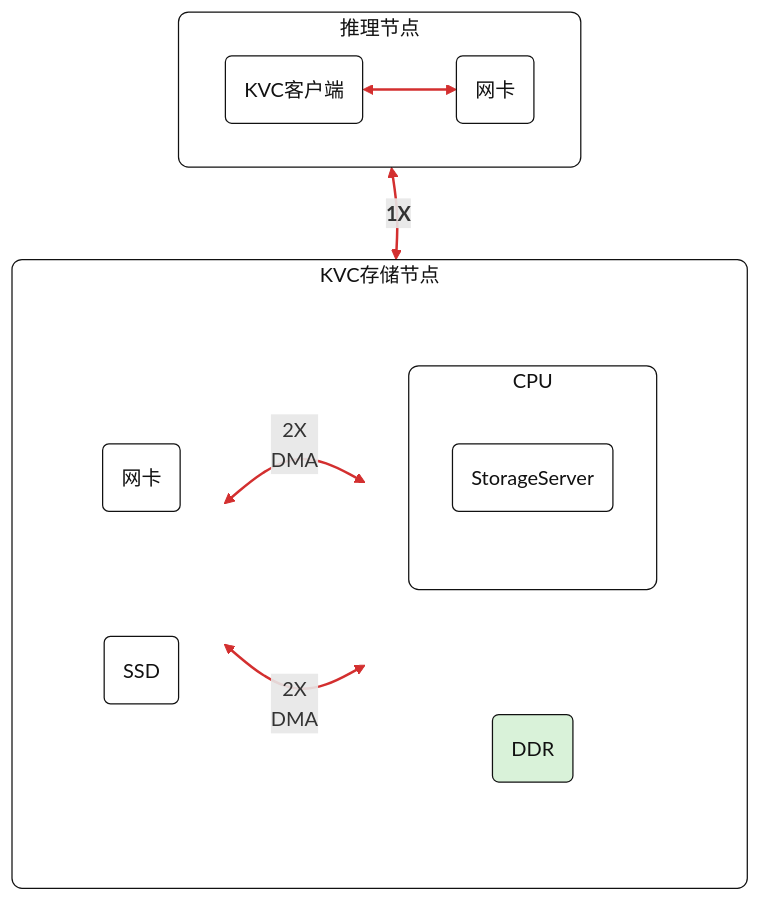
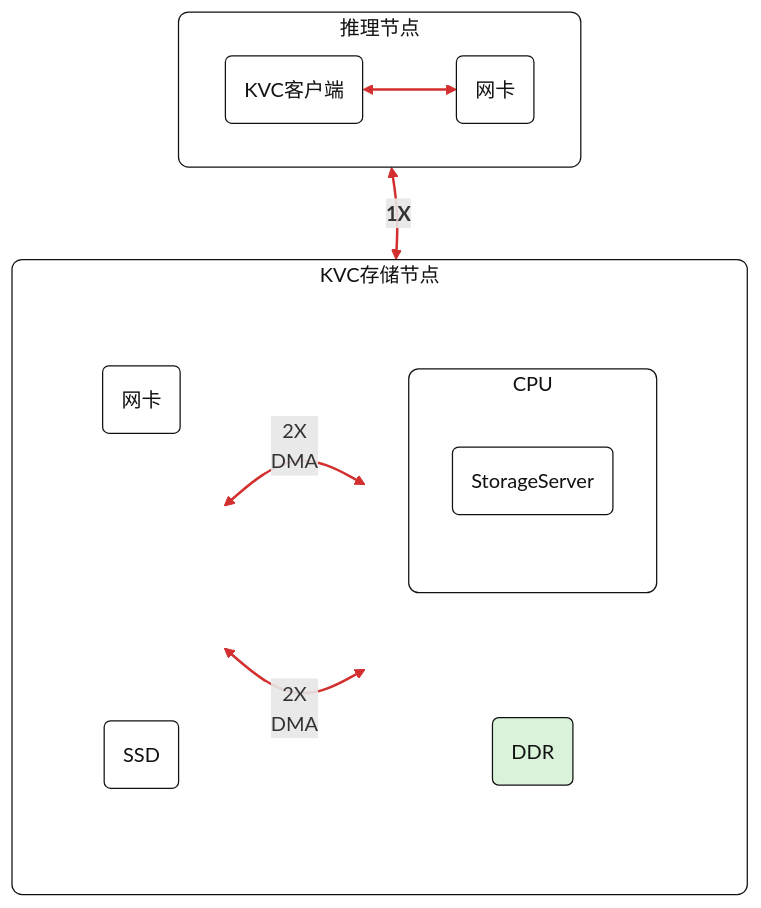
Before and after one commit to kunpengcompute/spdk: the diagram in doc/l0_enablement.md, drawn with Mermaid.

Commit message:
doc: adjust DDR position in L0 diagram

````diff
--- a/doc/l0_enablement.md
+++ b/doc/l0_enablement.md
@@ -19,48 +19,51 @@
 ```mermaid
 flowchart TB
     subgraph inference_node["推理节点"]
         direction LR
         kvc_client("KVC客户端") <--> infer_nic("网卡")
     end
 
     subgraph storage_node["KVC存储节点"]
         direction LR
 
         subgraph storage_left[" "]
             direction TB
             subgraph cpu_box["CPU"]
                 direction TB
                 storage_server("StorageServer")
             end
             ddr_box("DDR")
         end
 
         subgraph storage_right[" "]
             direction TB
             storage_nic("网卡")
+            right_mid_spacer[" "]
             ssd_box("SSD")
         end
 
         storage_server ~~~ ddr_box
-        storage_nic ~~~ ssd_box
+        storage_nic ~~~ right_mid_spacer
+        right_mid_spacer ~~~ ssd_box
         storage_nic <-->|"2X<br/>DMA"| ddr_box
         ssd_box <-->|"2X<br/>DMA"| ddr_box
     end
 
     kvc_client ~~~ storage_server
     infer_nic <-->|"<b>1X</b>"| storage_nic
 
     classDef defaultBox fill:#ffffff,stroke:#111111,stroke-width:1px,color:#111111;
     classDef ddrBox fill:#d9f2d9,stroke:#111111,stroke-width:1px,color:#111111;
     class kvc_client,infer_nic,storage_nic,ssd_box,storage_server defaultBox;
     class ddr_box ddrBox;
     style inference_node fill:#ffffff,stroke:#111111,stroke-width:1px,color:#111111,rx:8px,ry:8px;
     style storage_node fill:#ffffff,stroke:#111111,stroke-width:1px,color:#111111,rx:8px,ry:8px;
     style storage_left fill:transparent,stroke:transparent,color:transparent;
     style storage_right fill:transparent,stroke:transparent,color:transparent;
+    style right_mid_spacer fill:transparent,stroke:transparent,color:transparent;
     style cpu_box fill:#ffffff,stroke:#111111,stroke-width:1px,color:#111111,rx:8px,ry:8px;
     linkStyle 0 stroke:#d32f2f,stroke-width:2px;
-    linkStyle 3 stroke:#d32f2f,stroke-width:2px;
     linkStyle 4 stroke:#d32f2f,stroke-width:2px;
-    linkStyle 6 stroke:#d32f2f,stroke-width:2px;
+    linkStyle 5 stroke:#d32f2f,stroke-width:2px;
+    linkStyle 7 stroke:#d32f2f,stroke-width:2px;
 ```
````
